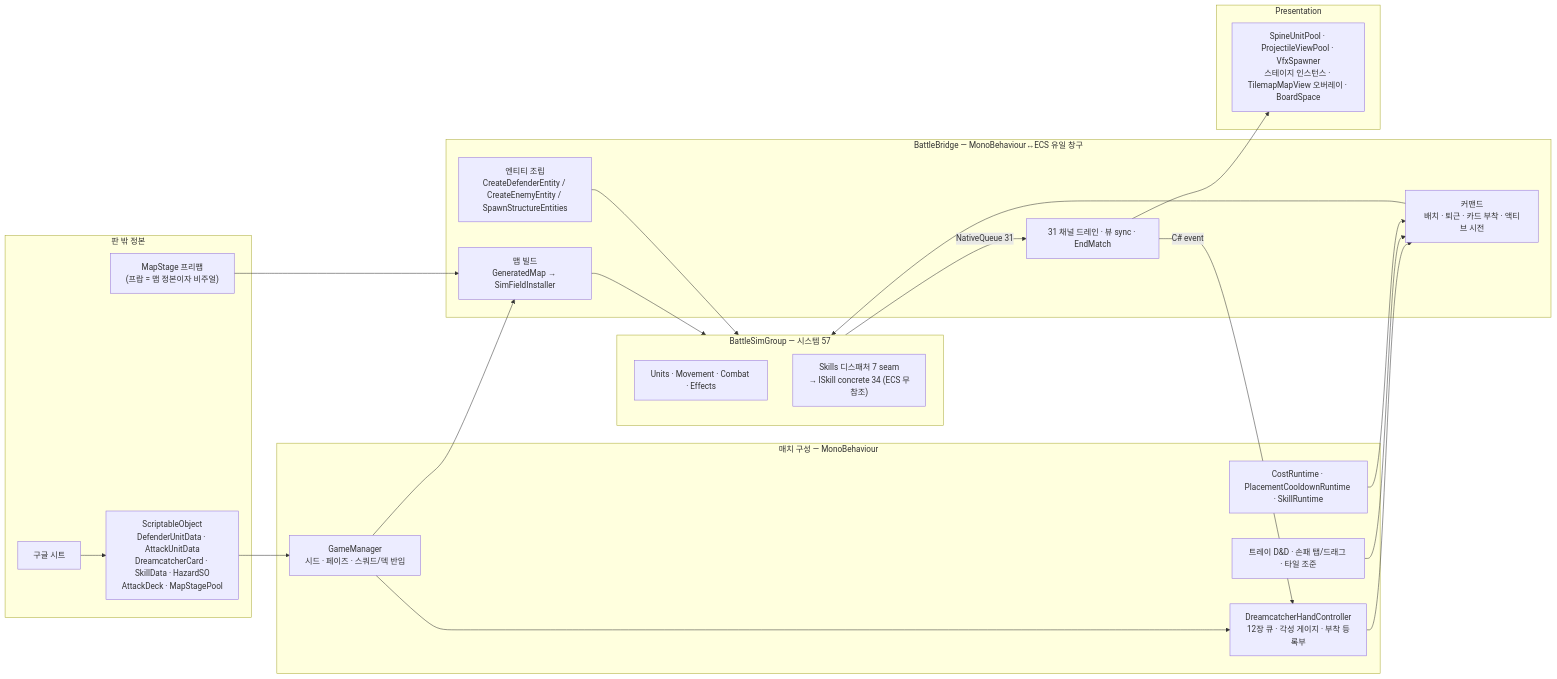
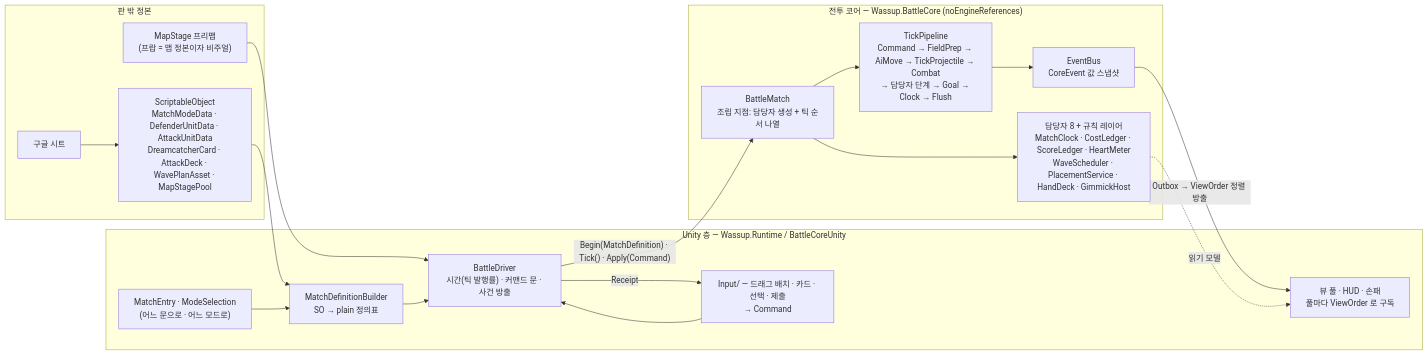
One commit to wasssupman/dreamsquad-demo changed the first of 2 diagrams in docs/reference/battle-core-architecture.md. Above: the diagram before and after it, drawn with Mermaid. The commit also changed other lines of this file and 18 other files, not shown here.

First line of the commit message:
docs(battle-core-rebuild): 9 — 참조 문서 18편을 전투 코어 기준으로

````diff
--- a/docs/reference/battle-core-architecture.md
+++ b/docs/reference/battle-core-architecture.md
@@ -26,39 +28,32 @@
 ```mermaid
 flowchart LR
     subgraph OUT["판 밖 정본"]
-        SHEET["구글 시트"] --> SO["ScriptableObject<br/>DefenderUnitData · AttackUnitData<br/>DreamcatcherCard · SkillData · HazardSO<br/>AttackDeck · MapStagePool"]
+        SHEET["구글 시트"] --> SO["ScriptableObject<br/>MatchModeData · DefenderUnitData · AttackUnitData<br/>DreamcatcherCard · AttackDeck · WavePlanAsset · MapStagePool"]
         STAGE["MapStage 프리팹<br/>(프랍 = 맵 정본이자 비주얼)"]
     end
-    subgraph MONO["매치 구성 — MonoBehaviour"]
-        GM["GameManager<br/>시드 · 페이즈 · 스쿼드/덱 반입"]
-        HAND["DreamcatcherHandController<br/>12장 큐 · 각성 게이지 · 부착 등록부"]
-        ECON["CostRuntime · PlacementCooldownRuntime · SkillRuntime"]
-        INPUT["트레이 D&D · 손패 탭/드래그 · 타일 조준"]
+    subgraph UL["Unity 층 — Wassup.Runtime / BattleCoreUnity"]
+        ENTRY["MatchEntry · ModeSelection<br/>(어느 문으로 · 어느 모드로)"]
+        BUILD["MatchDefinitionBuilder<br/>SO → plain 정의표"]
+        DRV["BattleDriver<br/>시간(틱 발행률) · 커맨드 문 · 사건 방출"]
+        INPUT["Input/ — 드래그 배치 · 카드 · 선택 · 제출<br/>→ Command"]
+        VIEW["뷰 풀 · HUD · 손패<br/>풀마다 ViewOrder 로 구독"]
     end
-    subgraph BR["BattleBridge — MonoBehaviour↔ECS 유일 창구"]
-        B1["맵 빌드<br/>GeneratedMap → SimFieldInstaller"]
-        B2["엔티티 조립<br/>CreateDefenderEntity / CreateEnemyEntity / SpawnStructureEntities"]
-        B3["커맨드<br/>배치 · 퇴근 · 카드 부착 · 액티브 시전"]
-        B4["31 채널 드레인 · 뷰 sync · EndMatch"]
+    subgraph CORE["전투 코어 — Wassup.BattleCore (noEngineReferences)"]
+        BM["BattleMatch<br/>조립 지점: 담당자 생성 + 틱 순서 나열"]
+        OWN["담당자 8 + 규칙 레이어<br/>MatchClock · CostLedger · ScoreLedger · HeartMeter<br/>WaveScheduler · PlacementService · HandDeck · GimmickHost"]
+        PIPE["TickPipeline<br/>Command → FieldPrep → AiMove → TickProjectile → Combat<br/>→ 담당자 단계 → Goal → Clock → Flush"]
+        BUS["EventBus<br/>CoreEvent 값 스냅샷"]
     end
-    subgraph ECS["BattleSimGroup — 시스템 57"]
-        CTX["Units · Movement · Combat · Effects"]
-        SK["Skills 디스패처 7 seam<br/>→ ISkill concrete 34 (ECS 무참조)"]
-    end
-    subgraph VIEW["Presentation"]
-        V["SpineUnitPool · ProjectileViewPool · VfxSpawner<br/>스테이지 인스턴스 · TilemapMapView 오버레이 · BoardSpace"]
-    end
-    SO --> GM
-    STAGE --> B1
-    GM --> B1
-    GM --> HAND
-    HAND --> B3
-    INPUT --> B3
-    ECON --> B3
-    B1 --> ECS
-    B2 --> ECS
-    B3 --> ECS
-    ECS -- "NativeQueue 31" --> B4
-    B4 --> V
-    B4 -- "C# event" --> HAND
+    SO --> BUILD
+    STAGE --> DRV
+    ENTRY --> BUILD
+    BUILD --> DRV
+    DRV -- "Begin(MatchDefinition) · Tick() · Apply(Command)" --> BM
+    INPUT --> DRV
+    BM --> OWN
+    BM --> PIPE
+    PIPE --> BUS
+    DRV -- "Receipt" --> INPUT
+    BUS -- "Outbox → ViewOrder 정렬 방출" --> VIEW
+    OWN -. "읽기 모델" .-> VIEW
 ```
````
